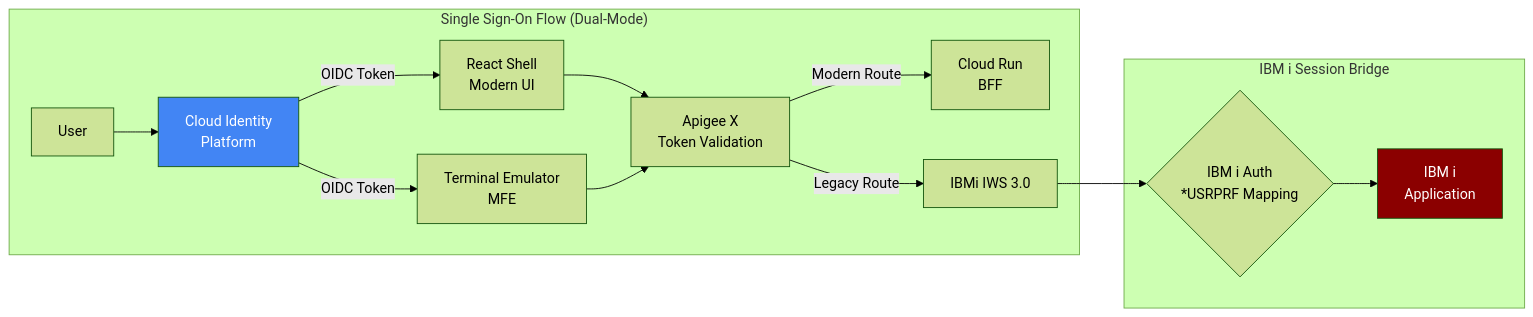
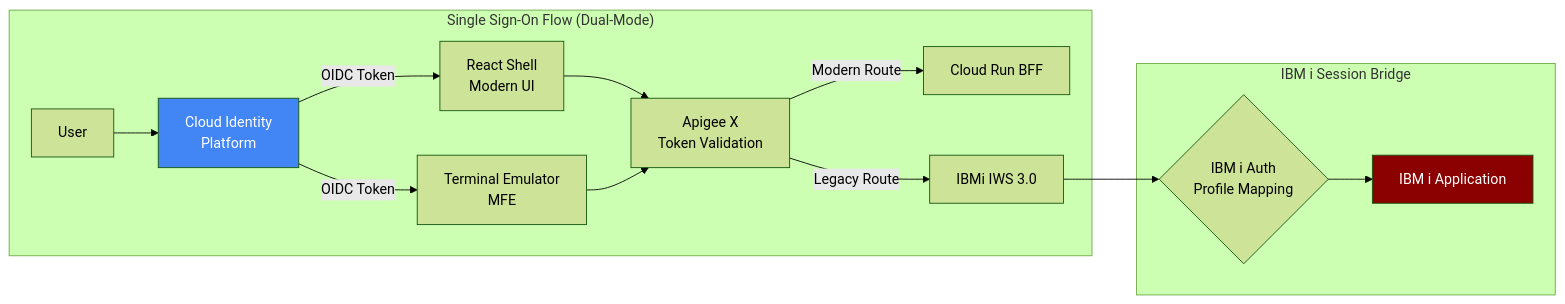
Before and after one commit to Modular-Earth-LLC/solutions-architecture-agent: the second of 5 diagrams in outputs/cvs-legacy-transformation/iam-strategy.md, drawn with Mermaid (forest theme). The commit also changed other lines of this file and 5 other files, not shown here.

First line of the commit message:
fix(diagrams): apply Mermaid quality rules across all diagrams and generation code

````diff
--- a/outputs/cvs-legacy-transformation/iam-strategy.md
+++ b/outputs/cvs-legacy-transformation/iam-strategy.md
@@ -229,20 +234,20 @@
 ```mermaid
 flowchart LR
     subgraph "Single Sign-On Flow (Dual-Mode)"
-        USER[User] --> CIP[Cloud Identity<br/>Platform]
-        CIP -->|OIDC Token| REACT[React Shell<br/>Modern UI]
-        CIP -->|OIDC Token| TERM[Terminal Emulator<br/>MFE]
-        REACT --> APG[Apigee X<br/>Token Validation]
-        TERM --> APG
-        APG -->|Modern Route| BFF[Cloud Run<br/>BFF]
-        APG -->|Legacy Route| IWS[IBMi IWS 3.0]
+        USER["User"] --> CIP_SSO["Cloud Identity<br/>Platform"]
+        CIP_SSO -->|"OIDC Token"| REACT["React Shell<br/>Modern UI"]
+        CIP_SSO -->|"OIDC Token"| TERM["Terminal Emulator<br/>MFE"]
+        REACT --> APG_SSO["Apigee X<br/>Token Validation"]
+        TERM --> APG_SSO
+        APG_SSO -->|"Modern Route"| BFF_SSO["Cloud Run BFF"]
+        APG_SSO -->|"Legacy Route"| IWS_SSO["IBMi IWS 3.0"]
     end
 
     subgraph "IBM i Session Bridge"
-        IWS --> IBMI_AUTH{IBM i Auth<br/>*USRPRF Mapping}
-        IBMI_AUTH --> IBMI[IBM i<br/>Application]
+        IWS_SSO --> IBMI_AUTH{"IBM i Auth<br/>Profile Mapping"}
+        IBMI_AUTH --> IBMI_APP["IBM i Application"]
     end
 
-    style CIP fill:#4285F4,color:#fff
-    style IBMI fill:#8B0000,color:#fff
+    style CIP_SSO fill:#4285F4,color:#fff
+    style IBMI_APP fill:#8B0000,color:#fff
 ```
````
